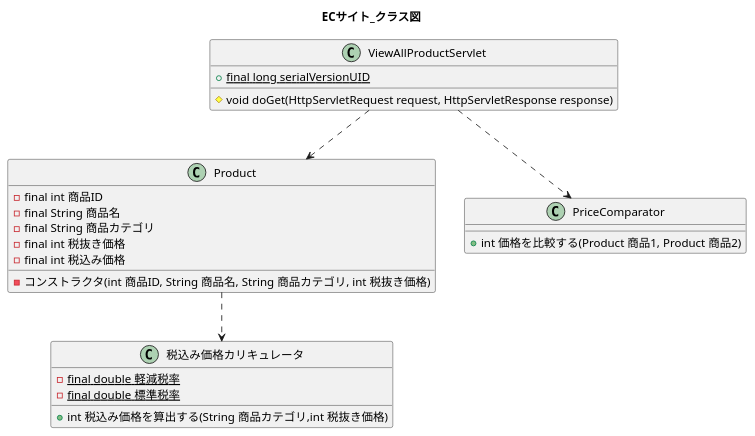
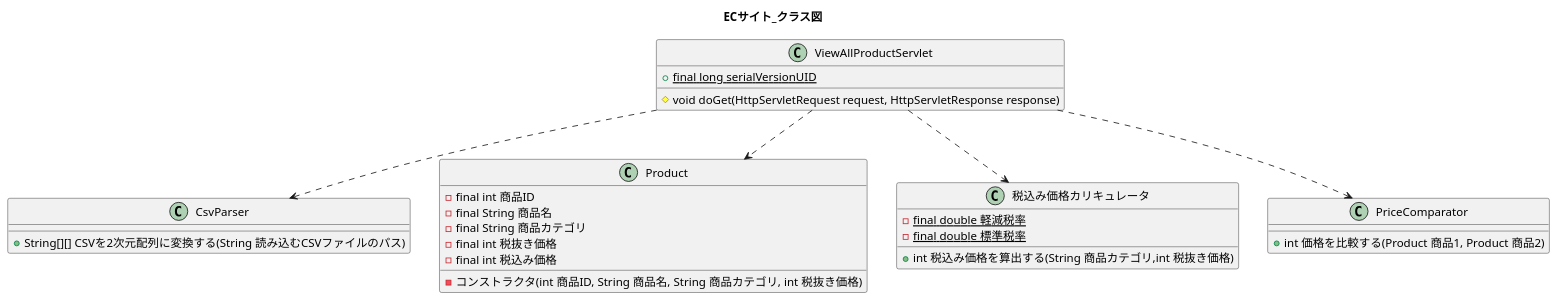
One commit to wnakayama/ojt_ecsite changed the diagram in UML/ClassDiag.puml. Above: the diagram before and after it, drawn with PlantUML. The commit also changed 3 other files, not shown here.

Commit message:
クラス設計,シーケンス図のメッセージ,note部分の記述を修正

```diff
--- a/UML/ClassDiag.puml
+++ b/UML/ClassDiag.puml
@@ -1,34 +1,40 @@
 @startuml
 title ECサイト_クラス図
 
 class ViewAllProductServlet {
     +{static} final long serialVersionUID
 
     #void doGet(HttpServletRequest request, HttpServletResponse response)
 }
+
+ViewAllProductServlet ..> CsvParser
+class CsvParser {
+    +String[][] CSVを2次元配列に変換する(String 読み込むCSVファイルのパス)
+}
+
 
 ViewAllProductServlet ..> Product
 class Product {
     -final int 商品ID
     -final String 商品名
     -final String 商品カテゴリ
     -final int 税抜き価格
     -final int 税込み価格
 
     -コンストラクタ(int 商品ID, String 商品名, String 商品カテゴリ, int 税抜き価格)
 }
 
-Product ..> 税込み価格カリキュレータ
+ViewAllProductServlet ..> 税込み価格カリキュレータ
 class 税込み価格カリキュレータ {
     -{static}final double 軽減税率
     -{static}final double 標準税率
 
     +int 税込み価格を算出する(String 商品カテゴリ,int 税抜き価格)
 }
 
 ViewAllProductServlet ..> PriceComparator
 class PriceComparator {
     +int 価格を比較する(Product 商品1, Product 商品2)
 }
 
 @enduml
```
